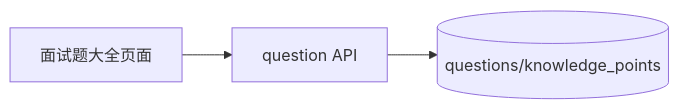
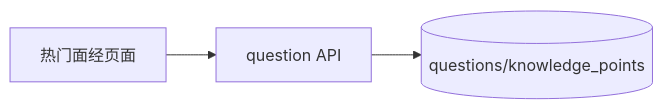
The diagram in doc/3.迭代文档/sprint202604/2.当期设计方案.md (Earth-OL-Player/ai_learn_project), drawn with Mermaid before and after one commit. The commit also changed other lines of this file and 27 other files, not shown here.

````diff
--- a/doc/3.迭代文档/sprint202604/2.当期设计方案.md
+++ b/doc/3.迭代文档/sprint202604/2.当期设计方案.md
@@ -12,5 +12,5 @@
 ```mermaid
 flowchart LR
-    web["面试题大全页面"] --> backend["question API"]
+    web["热门面经页面"] --> backend["question API"]
     backend --> mysql[("questions/knowledge_points")]
 ```
````
